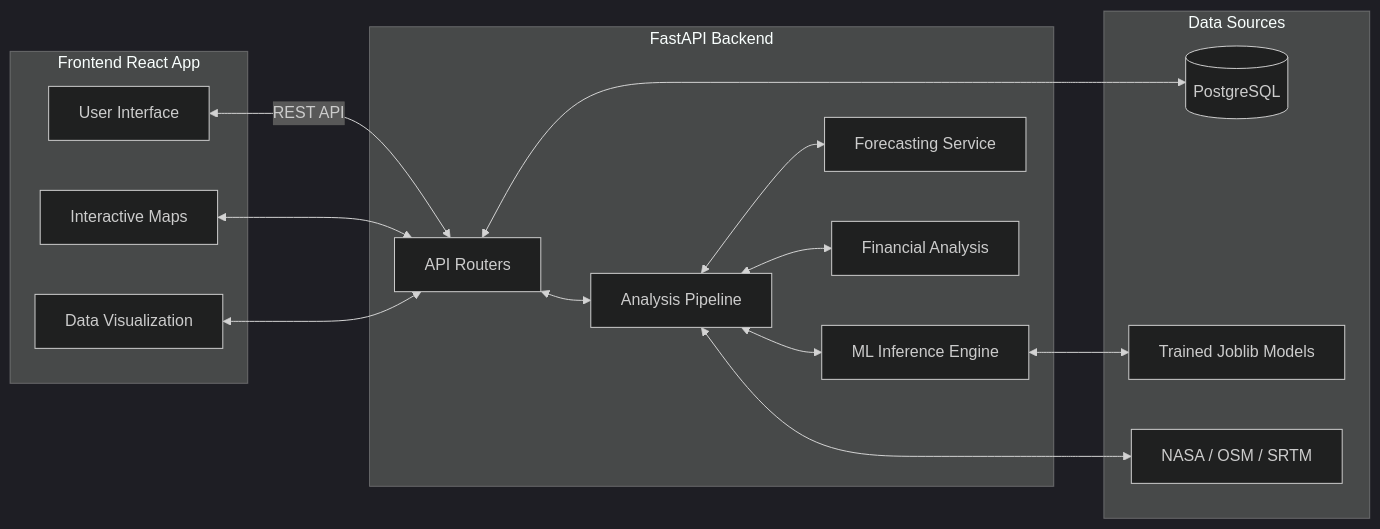
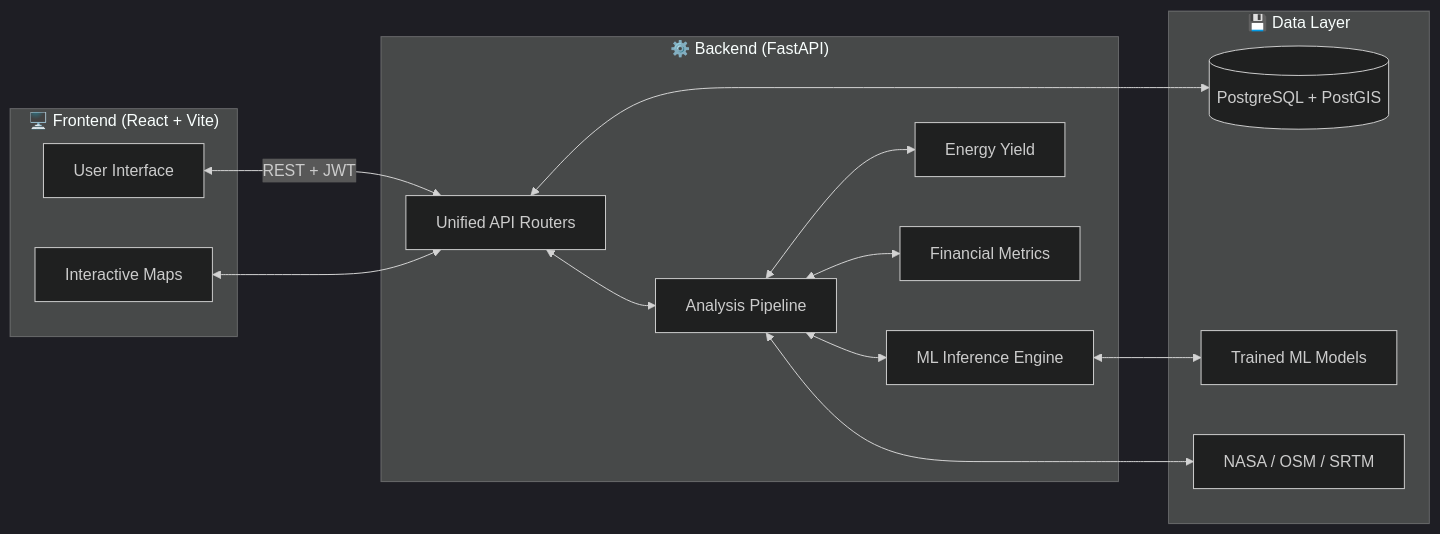
One commit to Smita-Mhatugade/Solar_-_Wind_Deployment_Intelligence_Platform changed the diagram in README.md. Above: the diagram before and after it, drawn with Mermaid (dark theme). The commit also changed other lines of this file and 10 other files, not shown here.

````diff
--- a/README.md
+++ b/README.md
@@ -37,35 +71,31 @@
 ```mermaid
 graph LR
-    subgraph Frontend [Frontend React App]
+    subgraph Frontend ["🖥️ Frontend (React + Vite)"]
         UI[User Interface]
         Maps[Interactive Maps]
-        Charts[Data Visualization]
     end
 
-    subgraph Backend [FastAPI Backend]
-        API[API Routers]
+    subgraph Backend ["⚙️ Backend (FastAPI)"]
+        API[Unified API Routers]
         Pipeline[Analysis Pipeline]
         ML[ML Inference Engine]
-        Forecasting[Forecasting Service]
-        Finance[Financial Analysis]
-    end
-    
-    subgraph Data [Data Sources]
-        DB[(PostgreSQL)]
-        Models[Trained Joblib Models]
-        External[NASA / OSM / SRTM]
+        Forecasting[Energy Yield]
+        Finance[Financial Metrics]
     end
 
-    UI <--> |REST API| API
+    subgraph Data ["💾 Data Layer"]
+        DB[(PostgreSQL + PostGIS)]
+        Models[Trained ML Models]
+        External["NASA / OSM / SRTM"]
+    end
+
+    UI <--> |REST + JWT| API
     Maps <--> API
-    Charts <--> API
-    
     API <--> Pipeline
     Pipeline <--> ML
     Pipeline <--> Forecasting
     Pipeline <--> Finance
-    
     Pipeline <--> External
     ML <--> Models
     API <--> DB
 ```
````
